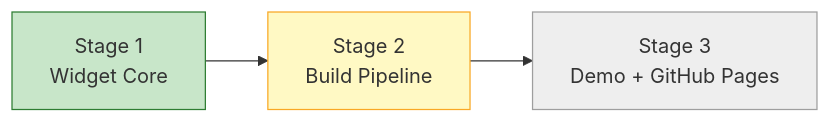
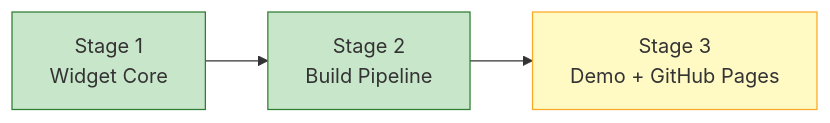
The diagram in docs/proposals/epic-1-tps-mvp/child-6-phase1d-widget-demo/progress.md (info-tech-io/web-terminal), drawn with Mermaid before and after one commit. The commit also changed other lines of this file and 2 other files, not shown here.

Commit message:
feat(issue-6): Stage 2 — esbuild build pipeline, FastAPI StaticFiles /widget
- widget/package.json: build script (esbuild --bundle --minify, target es2017)
- core/app.py: mount StaticFiles("widget") at /widget — serves widget/widget.js
- widget.js built: 289.5kb (xterm.js + addon-fit bundled)

````diff
--- a/docs/proposals/epic-1-tps-mvp/child-6-phase1d-widget-demo/progress.md
+++ b/docs/proposals/epic-1-tps-mvp/child-6-phase1d-widget-demo/progress.md
@@ -8,9 +8,9 @@
 ```mermaid
 graph LR
     A["Stage 1\nWidget Core"] --> B["Stage 2\nBuild Pipeline"]
     B --> C["Stage 3\nDemo + GitHub Pages"]
 
     style A fill:#c8e6c9,stroke:#2e7d32
-    style B fill:#fff9c4,stroke:#f9a825
-    style C fill:#eeeeee,stroke:#9e9e9e
+    style B fill:#c8e6c9,stroke:#2e7d32
+    style C fill:#fff9c4,stroke:#f9a825
 ```
````
